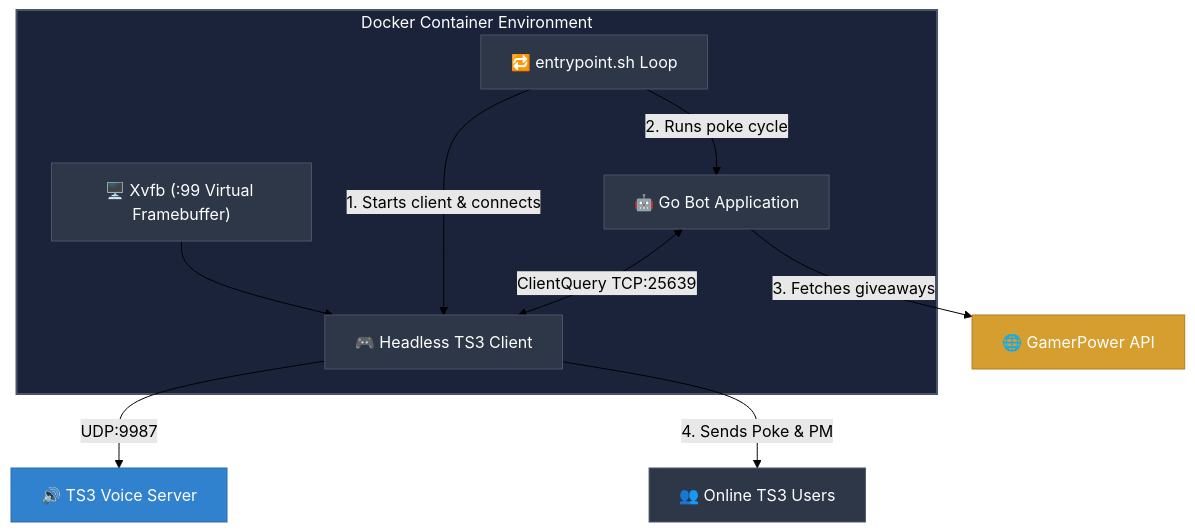
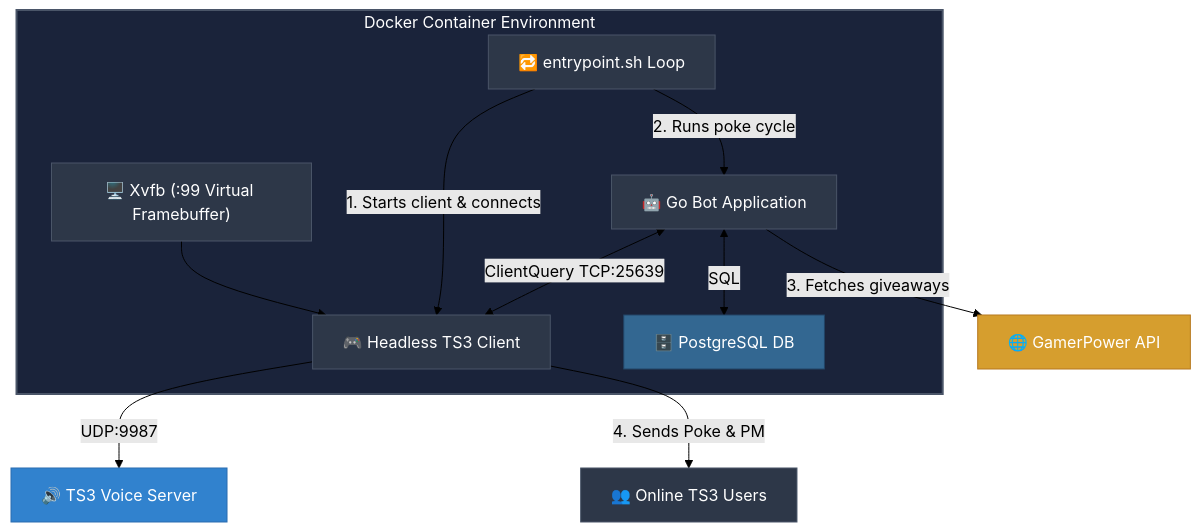
The diagram in README.md (arumes31/ts3news), drawn with Mermaid (forest theme) before and after one commit. The commit also changed other lines of this file and 11 other files, not shown here.

Commit message:
Refactor: Migrate from JSON to PostgreSQL, add PC game filtering, and improve reliability

````diff
--- a/README.md
+++ b/README.md
@@ -36,26 +39,29 @@
 ```mermaid
 graph TD
     subgraph DockerContainer ["Docker Container Environment"]
         style DockerContainer fill:#1a233a,stroke:#4a5568,stroke-width:2px,color:#fff
         
         Xvfb["🖥️ Xvfb (:99 Virtual Framebuffer)"]
         TS3Client["🎮 Headless TS3 Client"]
         GoBot["🤖 Go Bot Application"]
         Entrypoint["🔁 entrypoint.sh Loop"]
         
         Xvfb --> TS3Client
         Entrypoint -->|1. Starts client & connects| TS3Client
         Entrypoint -->|2. Runs poke cycle| GoBot
         GoBot <-->|ClientQuery TCP:25639| TS3Client
+        GoBot <-->|SQL| PostgresDB["🗄️ PostgreSQL DB"]
     end
     
     GoBot -->|3. Fetches giveaways| GamerPower["🌐 GamerPower API"]
     TS3Client -->|UDP:9987| TS3Server["🔊 TS3 Voice Server"]
     TS3Client -->|4. Sends Poke & PM| TS3Users["👥 Online TS3 Users"]
     
     classDef default fill:#2d3748,stroke:#4a5568,stroke-width:1px,color:#fff;
     classDef GamerPower fill:#d69e2e,stroke:#b7791f,stroke-width:1px,color:#fff;
     classDef TS3Server fill:#3182ce,stroke:#2b6cb0,stroke-width:1px,color:#fff;
+    classDef DB fill:#336791,stroke:#224466,stroke-width:1px,color:#fff;
     class GamerPower GamerPower;
     class TS3Server TS3Server;
+    class PostgresDB DB;
 ```
````
